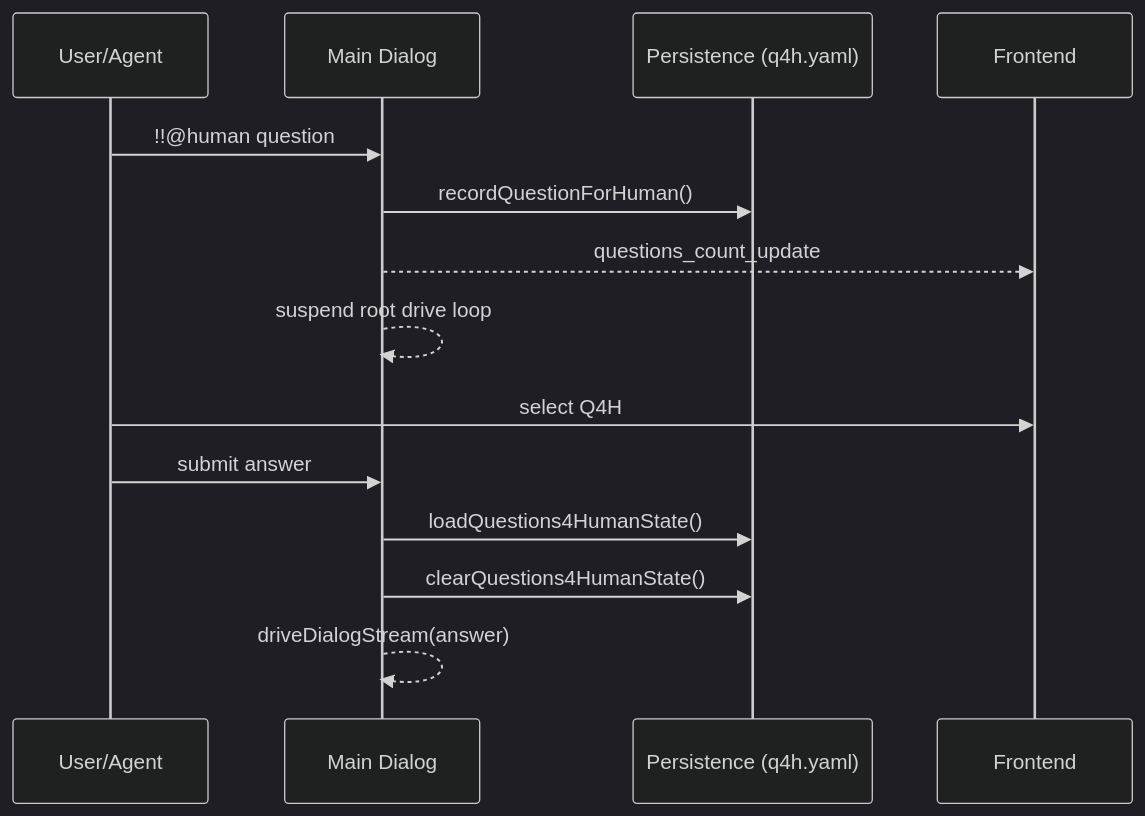
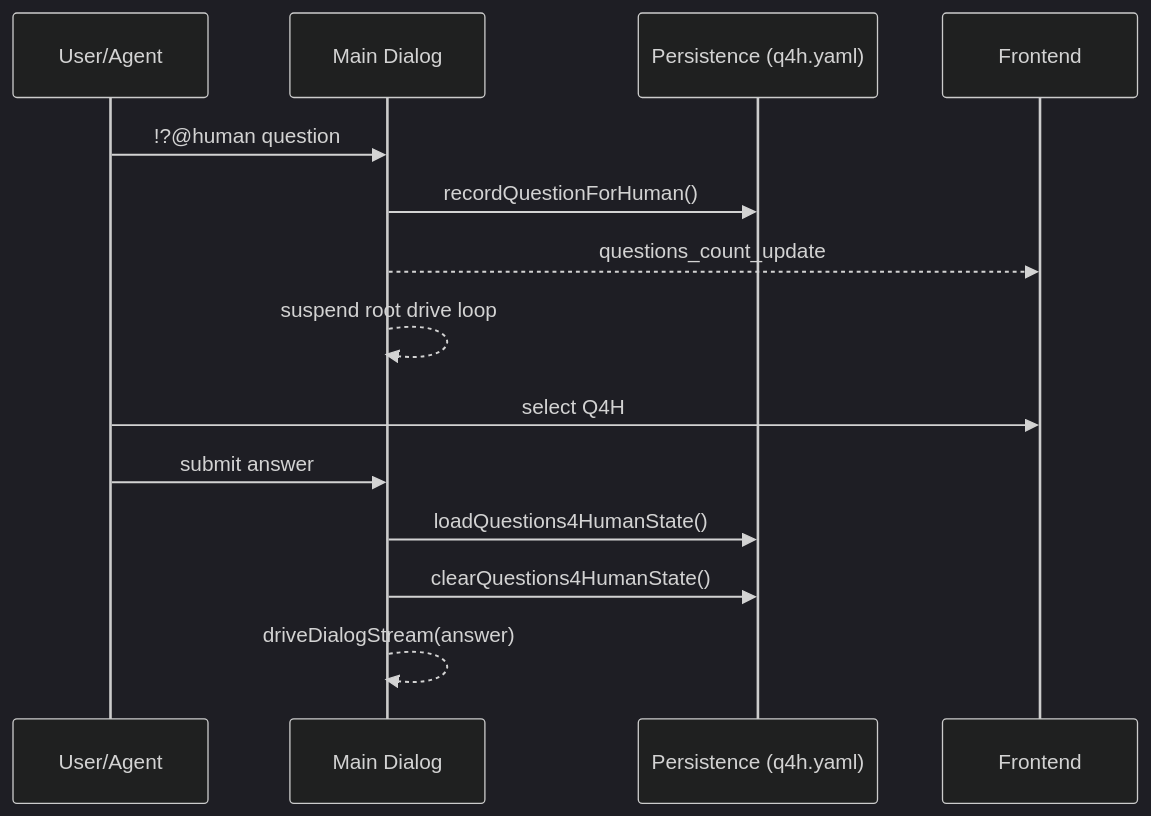
One commit to longrun-ai/dominds changed diagram 16 of 18 in docs/dialog-system.md. Above: the diagram before and after it, drawn with Mermaid (dark theme). The commit also changed other lines of this file and 55 other files, not shown here.

````diff
--- a/docs/dialog-system.md
+++ b/docs/dialog-system.md
@@ -1223,18 +1214,18 @@
 ```mermaid
 sequenceDiagram
   participant User as User/Agent
   participant Main as Main Dialog
   participant Store as Persistence (q4h.yaml)
   participant UI as Frontend
 
-  User->>Main: !!@human question
+  User->>Main: !?@human question
   Main->>Store: recordQuestionForHuman()
   Main-->>UI: questions_count_update
   Main-->>Main: suspend root drive loop
 
   User->>UI: select Q4H
   User->>Main: submit answer
   Main->>Store: loadQuestions4HumanState()
   Main->>Store: clearQuestions4HumanState()
   Main-->>Main: driveDialogStream(answer)
 ```
````
